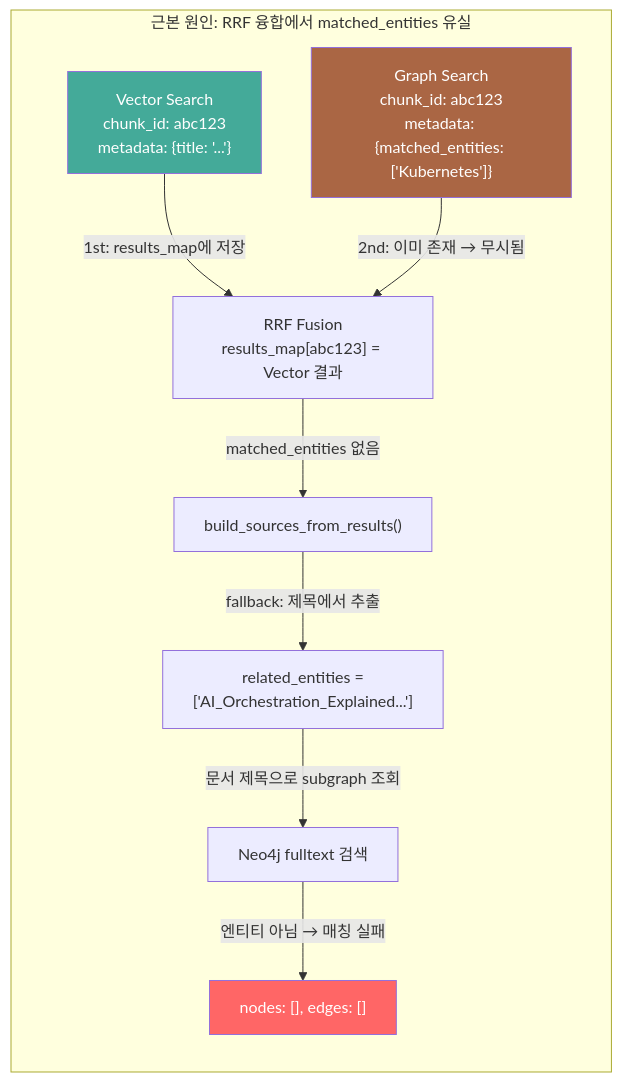
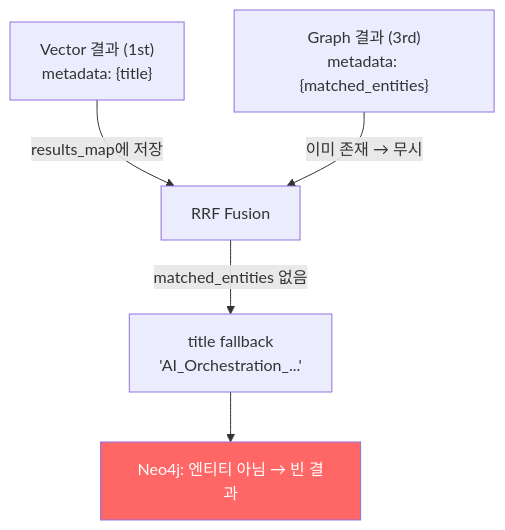
One commit to k82022603/hybrid-rag-knowledge-ops changed the third of 6 diagrams in knowledge_service/docs/07_maintenance/21_bugfix_report_2026-02-11_gateway_405_graph_empty.md. Above: the diagram before and after it, drawn with Mermaid. The commit also changed other lines of this file and 4 other files, not shown here.

First line of the commit message:
[FIX] Graph 시각화 빈 결과 Phase 2 - Fulltext 인덱스 + fallback 패턴 수정

````diff
--- a/knowledge_service/docs/07_maintenance/21_bugfix_report_2026-02-11_gateway_405_graph_empty.md
+++ b/knowledge_service/docs/07_maintenance/21_bugfix_report_2026-02-11_gateway_405_graph_empty.md
@@ -153,20 +105,8 @@
 ```mermaid
 flowchart TB
-    subgraph Root["근본 원인: RRF 융합에서 matched_entities 유실"]
-        direction TB
-        V["Vector Search<br/>chunk_id: abc123<br/>metadata: {title: '...'}"]
-        G["Graph Search<br/>chunk_id: abc123<br/>metadata: {matched_entities: ['Kubernetes']}"]
-
-        V -->|"1st: results_map에 저장"| RRF["RRF Fusion<br/>results_map[abc123] = Vector 결과"]
-        G -->|"2nd: 이미 존재 → 무시됨"| RRF
-
-        RRF -->|"matched_entities 없음"| BUILD["build_sources_from_results()"]
-        BUILD -->|"fallback: 제목에서 추출"| TITLE["related_entities =<br/>['AI_Orchestration_Explained...']"]
-        TITLE -->|"문서 제목으로 subgraph 조회"| NEO["Neo4j fulltext 검색"]
-        NEO -->|"엔티티 아님 → 매칭 실패"| EMPTY["nodes: [], edges: []"]
-    end
-
-    style V fill:#4a9,color:#fff
-    style G fill:#a64,color:#fff
+    V["Vector 결과 (1st)<br/>metadata: {title}"] -->|"results_map에 저장"| RRF["RRF Fusion"]
+    G["Graph 결과 (3rd)<br/>metadata: {matched_entities}"] -->|"이미 존재 → 무시"| RRF
+    RRF -->|"matched_entities 없음"| TITLE["title fallback<br/>'AI_Orchestration_...'"]
+    TITLE --> EMPTY["Neo4j: 엔티티 아님 → 빈 결과"]
     style EMPTY fill:#f66,color:#fff
 ```
````
